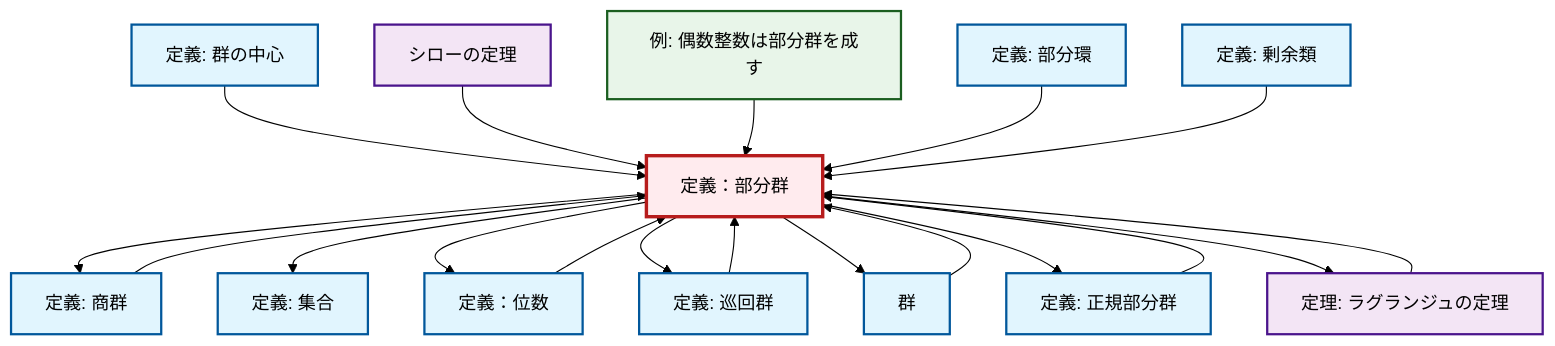
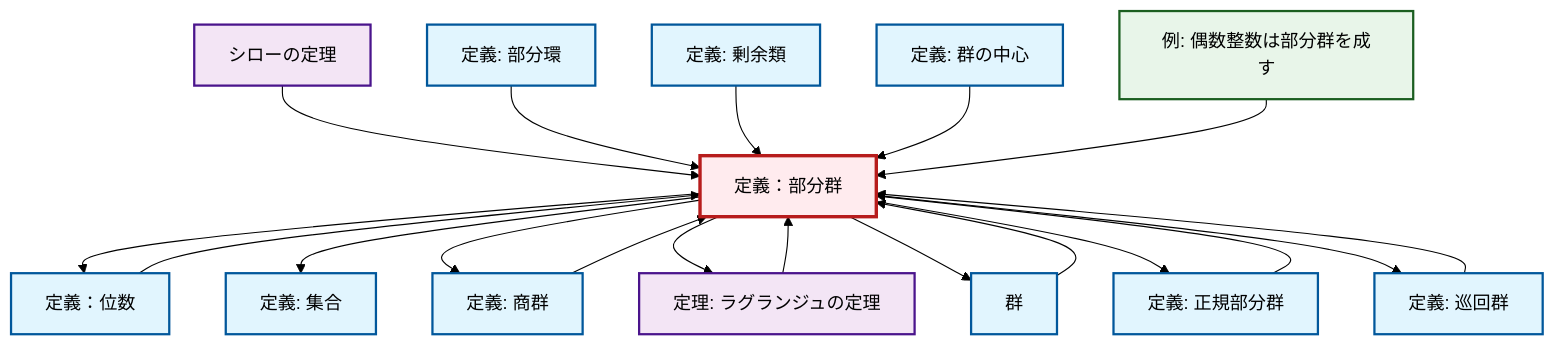
One commit to RK0429/ModernMath changed the diagram in content/ja/algebra/def-subgroup.qmd. Above: the diagram before and after it, drawn with Mermaid (forest theme). The commit also changed other lines of this file and 328 other files, not shown here.

````diff
--- a/content/ja/algebra/def-subgroup.qmd
+++ b/content/ja/algebra/def-subgroup.qmd
@@ -53,53 +53,53 @@
 ```{mermaid}
 %%| fig-cap: "ローカル依存関係グラフ"
 graph TD
     classDef definition fill:#e1f5fe,stroke:#01579b,stroke-width:2px
     classDef theorem fill:#f3e5f5,stroke:#4a148c,stroke-width:2px
     classDef axiom fill:#fff3e0,stroke:#e65100,stroke-width:2px
     classDef example fill:#e8f5e9,stroke:#1b5e20,stroke-width:2px
     classDef current fill:#ffebee,stroke:#b71c1c,stroke-width:3px
+    def-coset["定義: 剰余類"]:::definition
+    def-normal-subgroup["定義: 正規部分群"]:::definition
+    def-order["定義：位数"]:::definition
+    def-cyclic-group["定義: 巡回群"]:::definition
     def-subgroup["定義：部分群"]:::definition
-    def-normal-subgroup["定義: 正規部分群"]:::definition
-    def-cyclic-group["定義: 巡回群"]:::definition
+    ex-even-integers-subgroup["例: 偶数整数は部分群を成す"]:::example
+    thm-lagrange["定理: ラグランジュの定理"]:::theorem
     def-set["定義: 集合"]:::definition
-    def-coset["定義: 剰余類"]:::definition
-    def-order["定義：位数"]:::definition
+    def-group["群"]:::definition
+    def-center-of-group["定義: 群の中心"]:::definition
+    def-subring["定義: 部分環"]:::definition
     def-quotient-group["定義: 商群"]:::definition
-    def-subring["定義: 部分環"]:::definition
-    def-group["群"]:::definition
-    thm-lagrange["定理: ラグランジュの定理"]:::theorem
-    def-center-of-group["定義: 群の中心"]:::definition
     thm-sylow["シローの定理"]:::theorem
-    ex-even-integers-subgroup["例: 偶数整数は部分群を成す"]:::example
-    thm-lagrange --> def-subgroup
-    def-quotient-group --> def-subgroup
-    def-subgroup --> def-quotient-group
-    def-subgroup --> def-set
-    def-center-of-group --> def-subgroup
+    def-subgroup --> def-order
     thm-sylow --> def-subgroup
-    def-subgroup --> def-order
-    ex-even-integers-subgroup --> def-subgroup
-    def-order --> def-subgroup
-    def-normal-subgroup --> def-subgroup
-    def-subgroup --> def-cyclic-group
     def-cyclic-group --> def-subgroup
     def-subring --> def-subgroup
+    thm-lagrange --> def-subgroup
     def-coset --> def-subgroup
+    def-subgroup --> def-set
+    def-subgroup --> def-quotient-group
+    def-subgroup --> thm-lagrange
+    def-center-of-group --> def-subgroup
     def-subgroup --> def-group
+    def-normal-subgroup --> def-subgroup
+    def-order --> def-subgroup
+    def-quotient-group --> def-subgroup
     def-subgroup --> def-normal-subgroup
     def-group --> def-subgroup
-    def-subgroup --> thm-lagrange
+    def-subgroup --> def-cyclic-group
+    ex-even-integers-subgroup --> def-subgroup
     class def-subgroup current
+    click def-coset "def-coset.html" "剰余類の定義へ"
     click def-normal-subgroup "def-normal-subgroup.html" "正規部分群の定義へ"
+    click def-order "def-order.html" "定義：位数へ"
     click def-cyclic-group "def-cyclic-group.html" "巡回群の定義へ"
+    click ex-even-integers-subgroup "ex-even-integers-subgroup.html" "偶数整数は部分群を成すの例へ"
+    click thm-lagrange "thm-lagrange.html" "ラグランジュの定理の定理へ"
     click def-set "def-set.html" "集合の定義へ"
-    click def-coset "def-coset.html" "剰余類の定義へ"
-    click def-order "def-order.html" "定義：位数へ"
+    click def-group "def-group.html" "群へ"
+    click def-center-of-group "def-center-of-group.html" "群の中心の定義へ"
+    click def-subring "def-subring.html" "部分環の定義へ"
     click def-quotient-group "def-quotient-group.html" "商群の定義へ"
-    click def-subring "def-subring.html" "部分環の定義へ"
-    click def-group "def-group.html" "群へ"
-    click thm-lagrange "thm-lagrange.html" "ラグランジュの定理の定理へ"
-    click def-center-of-group "def-center-of-group.html" "群の中心の定義へ"
     click thm-sylow "thm-sylow.html" "シローの定理へ"
-    click ex-even-integers-subgroup "ex-even-integers-subgroup.html" "偶数整数は部分群を成すの例へ"
 ```
````
